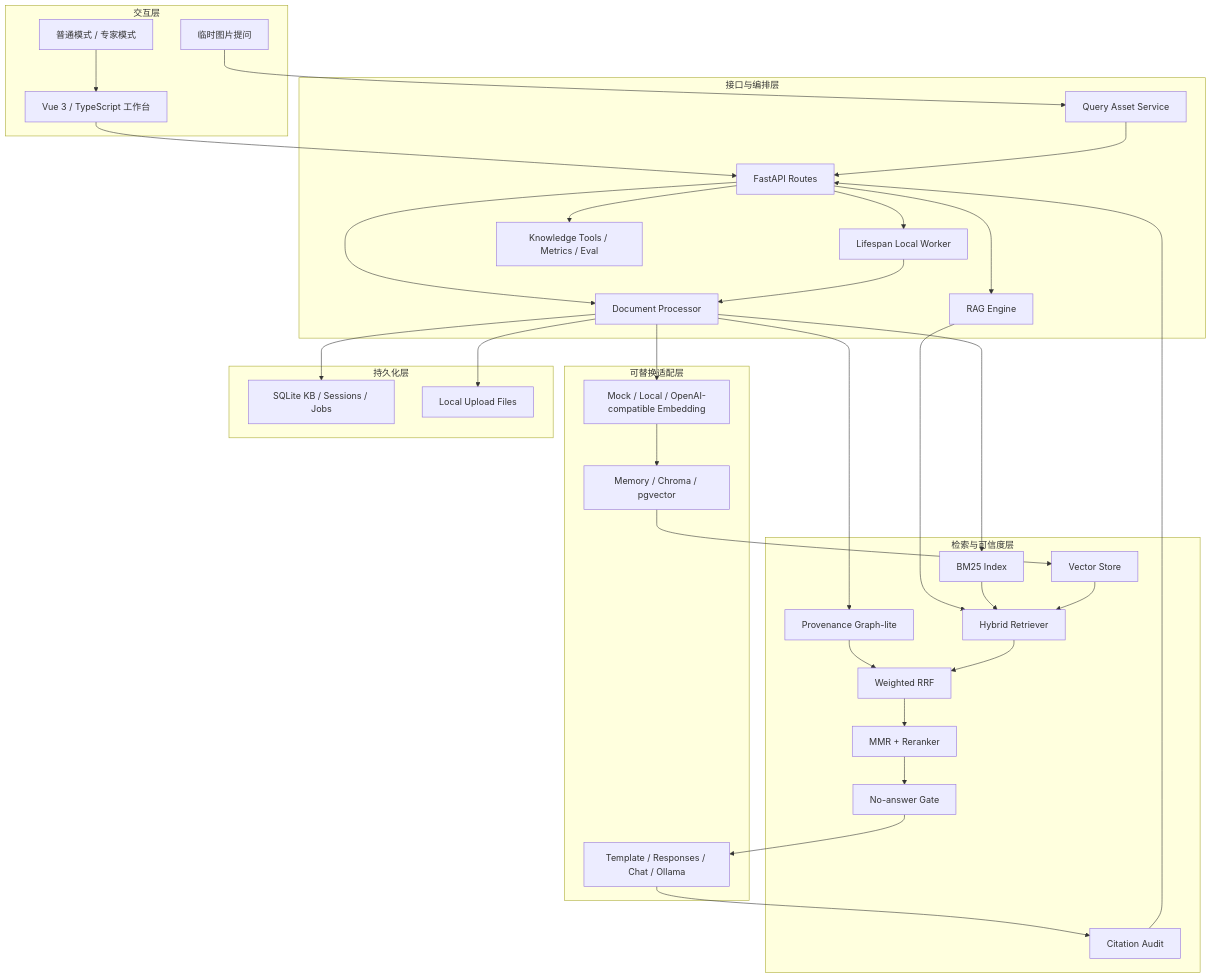
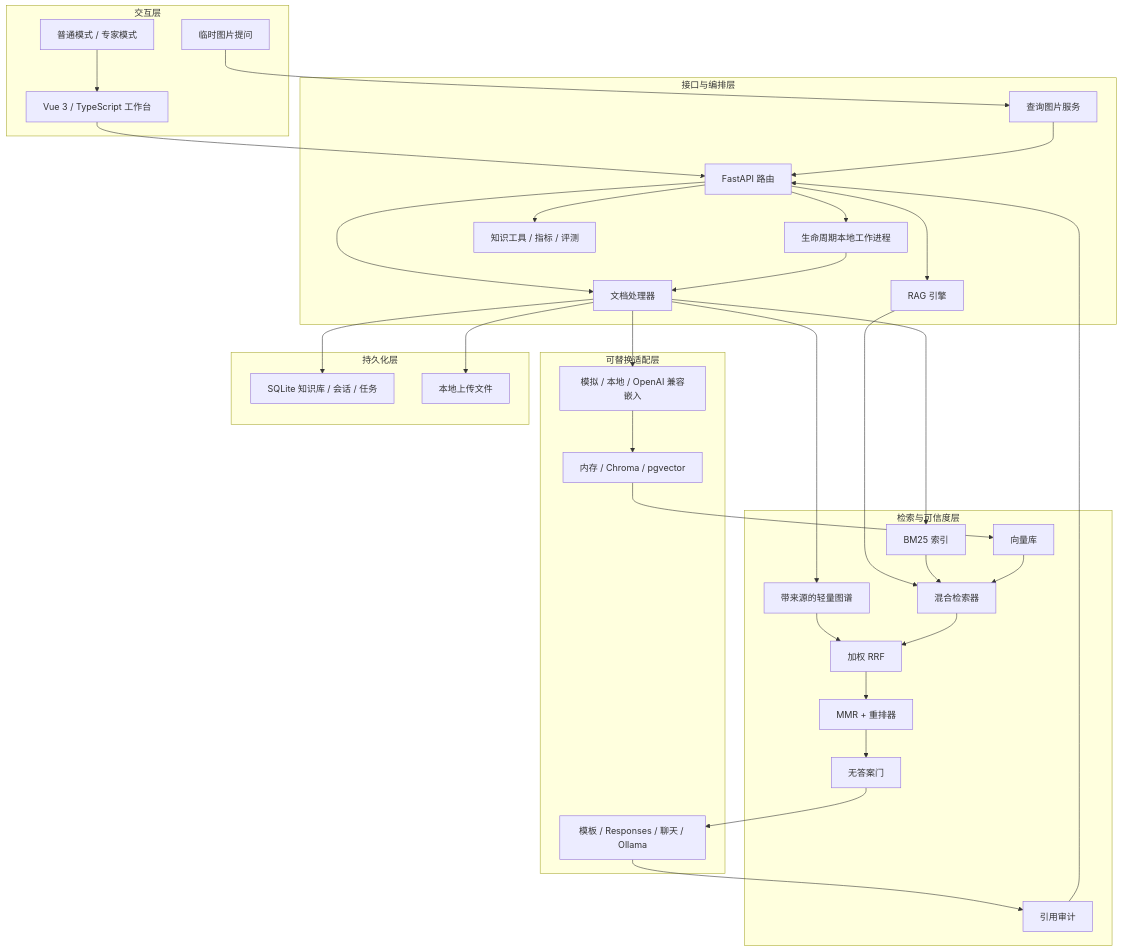
Before and after one commit to 728792899-create/personal-multimodal-rag: the first of 6 diagrams in docs/architecture.md, drawn with Mermaid. The commit also changed other lines of this file and 156 other files, not shown here.

````diff
--- a/docs/architecture.md
+++ b/docs/architecture.md
@@ -11,62 +11,62 @@
 ```mermaid
 flowchart TB
   subgraph UI["交互层"]
     WORKBENCH["Vue 3 / TypeScript 工作台"]
     MODES["普通模式 / 专家模式"]
     QUERYIMG["临时图片提问"]
   end
 
   subgraph API["接口与编排层"]
-    FASTAPI["FastAPI Routes"]
-    WORKER["Lifespan Local Worker"]
-    PROCESSOR["Document Processor"]
-    ENGINE["RAG Engine"]
-    TOOLS["Knowledge Tools / Metrics / Eval"]
-    QAS["Query Asset Service"]
+    FASTAPI["FastAPI 路由"]
+    WORKER["生命周期本地工作进程"]
+    PROCESSOR["文档处理器"]
+    ENGINE["RAG 引擎"]
+    TOOLS["知识工具 / 指标 / 评测"]
+    QAS["查询图片服务"]
   end
 
   subgraph RETRIEVAL["检索与可信度层"]
-    BM25["BM25 Index"]
-    VECTOR["Vector Store"]
-    HYBRID["Hybrid Retriever"]
-    RERANK["MMR + Reranker"]
-    GATE["No-answer Gate"]
-    AUDIT["Citation Audit"]
-    GRAPH["Provenance Graph-lite"]
-    RRF["Weighted RRF"]
+    BM25["BM25 索引"]
+    VECTOR["向量库"]
+    HYBRID["混合检索器"]
+    RERANK["MMR + 重排器"]
+    GATE["无答案门"]
+    AUDIT["引用审计"]
+    GRAPH["带来源的轻量图谱"]
+    RRF["加权 RRF"]
   end
 
   subgraph ADAPTERS["可替换适配层"]
-    EMBED["Mock / Local / OpenAI-compatible Embedding"]
-    STORE["Memory / Chroma / pgvector"]
-    ANSWER["Template / Responses / Chat / Ollama"]
+    EMBED["模拟 / 本地 / OpenAI 兼容嵌入"]
+    STORE["内存 / Chroma / pgvector"]
+    ANSWER["模板 / Responses / 聊天 / Ollama"]
   end
 
   subgraph PERSIST["持久化层"]
-    REGISTRY["SQLite KB / Sessions / Jobs"]
-    UPLOADS["Local Upload Files"]
+    REGISTRY["SQLite 知识库 / 会话 / 任务"]
+    UPLOADS["本地上传文件"]
   end
 
   WORKBENCH --> FASTAPI
   QUERYIMG --> QAS --> FASTAPI
   MODES --> WORKBENCH
   FASTAPI --> PROCESSOR
   FASTAPI --> WORKER
   WORKER --> PROCESSOR
   FASTAPI --> ENGINE
   FASTAPI --> TOOLS
   PROCESSOR --> REGISTRY
   PROCESSOR --> UPLOADS
   PROCESSOR --> BM25
   PROCESSOR --> GRAPH
   PROCESSOR --> EMBED
   EMBED --> STORE
   STORE --> VECTOR
   ENGINE --> HYBRID
   GRAPH --> RRF
   HYBRID --> RRF
   BM25 --> HYBRID
   VECTOR --> HYBRID
   RRF --> RERANK --> GATE
   GATE --> ANSWER --> AUDIT --> FASTAPI
 ```
````
